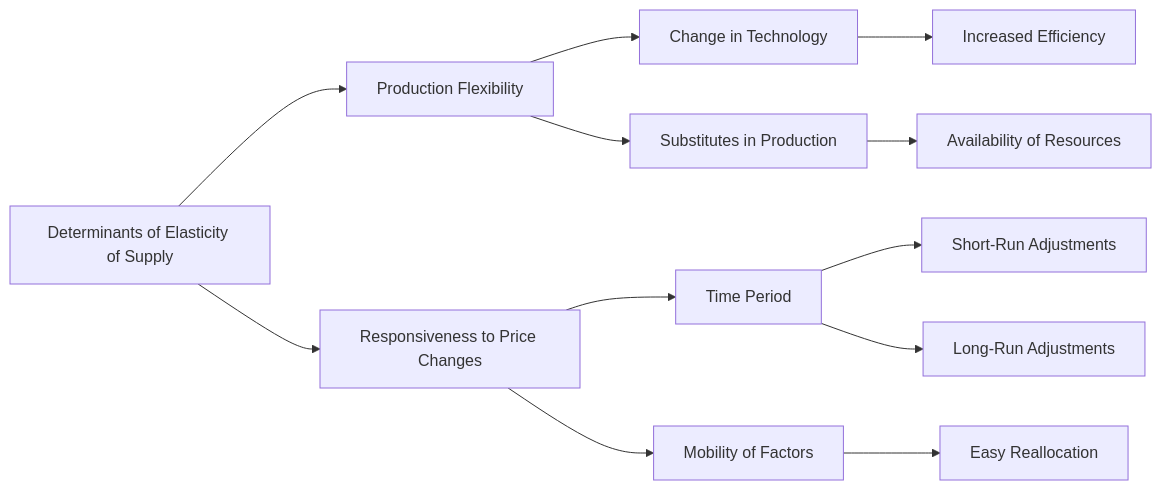
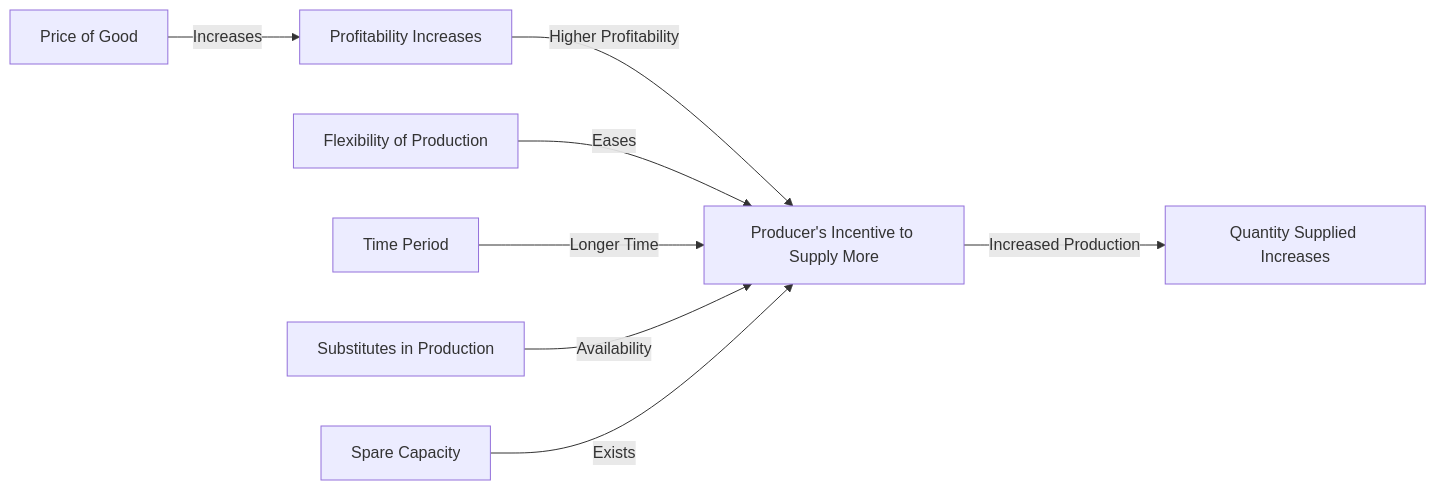
Before and after one commit to DagimAlemayehuu/Ater: the diagram in Obsidian_Vault/2-Academic/Winter 2026/Economics/2_Theory_Of_Demand_And_Supply/Determinants_Of_Elasticity_Of_Supply.md, drawn with Mermaid. The commit also changed other lines of this file and 52 other files, not shown here.

````diff
--- a/Obsidian_Vault/2-Academic/Winter 2026/Economics/2_Theory_Of_Demand_And_Supply/Determinants_Of_Elasticity_Of_Supply.md
+++ b/Obsidian_Vault/2-Academic/Winter 2026/Economics/2_Theory_Of_Demand_And_Supply/Determinants_Of_Elasticity_Of_Supply.md
@@ -40,16 +41,12 @@
 ```mermaid
 
 graph LR
-    A[Determinants of Elasticity of Supply] --> B[Production Flexibility]
-    A --> C[Responsiveness to Price Changes]
-    B --> D[Change in Technology]
-    B --> E[Substitutes in Production]
-    C --> F[Time Period]
-    C --> G[Mobility of Factors]
-    D --> H[Increased Efficiency]
-    E --> I[Availability of Resources]
-    F --> J[Short-Run Adjustments]
-    F --> K[Long-Run Adjustments]
-    G --> L[Easy Reallocation]
+    A[Price of Good] -->|Increases| B[Profitability Increases]
+    B -->|Higher Profitability| C[Producer's Incentive to Supply More]
+    C -->|Increased Production| D[Quantity Supplied Increases]
+    E[Flexibility of Production] -->|Eases| C
+    F[Time Period] -->|Longer Time| C
+    G[Substitutes in Production] -->|Availability| C
+    H[Spare Capacity] -->|Exists| C
 
 ```
````
